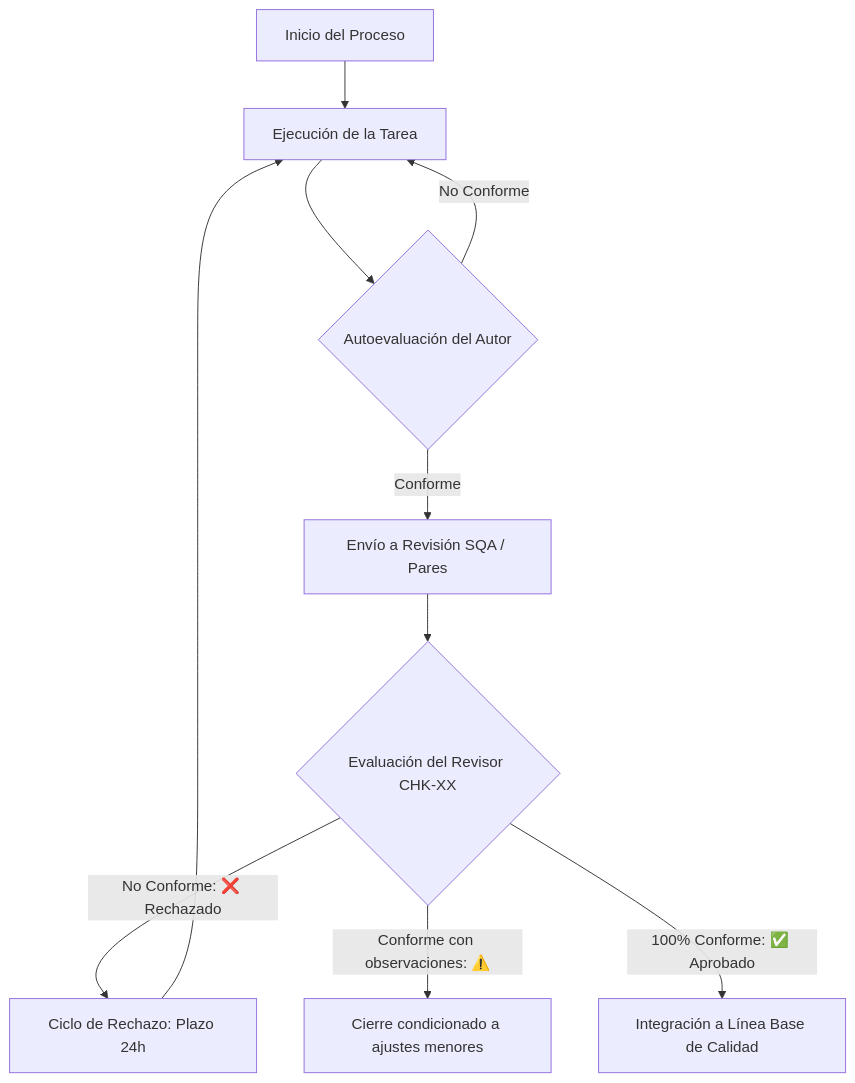
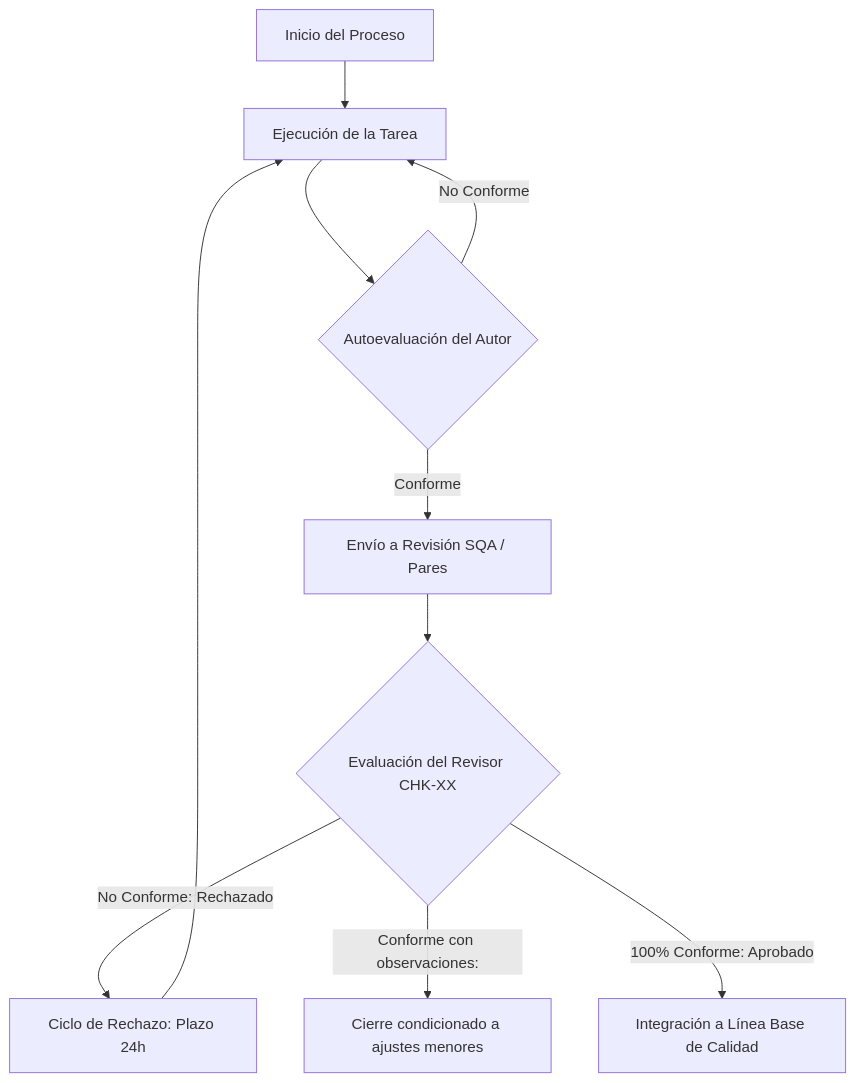
One commit to AXLAAF/SAQ_Marcos_XOOKTECH changed the diagram in 01-Proyecto/00-SQAP_Plan_Aseguramiento_Calidad.md. Above: the diagram before and after it, drawn with Mermaid. The commit also changed other lines of this file and 5 other files, not shown here.

````diff
--- a/01-Proyecto/00-SQAP_Plan_Aseguramiento_Calidad.md
+++ b/01-Proyecto/00-SQAP_Plan_Aseguramiento_Calidad.md
@@ -209,12 +209,12 @@
 ```mermaid
 graph TD
     A[Inicio del Proceso] --> B[Ejecución de la Tarea]
     B --> C{Autoevaluación del Autor}
     C -->|No Conforme| B
     C -->|Conforme| D[Envío a Revisión SQA / Pares]
     D --> E{Evaluación del Revisor CHK-XX}
-    E -->|No Conforme: ❌ Rechazado| F[Ciclo de Rechazo: Plazo 24h]
+    E -->|No Conforme:  Rechazado| F[Ciclo de Rechazo: Plazo 24h]
     F --> B
-    E -->|Conforme con observaciones: ⚠️| G[Cierre condicionado a ajustes menores]
-    E -->|100% Conforme: ✅ Aprobado| H[Integración a Línea Base de Calidad]
+    E -->|Conforme con observaciones: | G[Cierre condicionado a ajustes menores]
+    E -->|100% Conforme:  Aprobado| H[Integración a Línea Base de Calidad]
 ```
````
